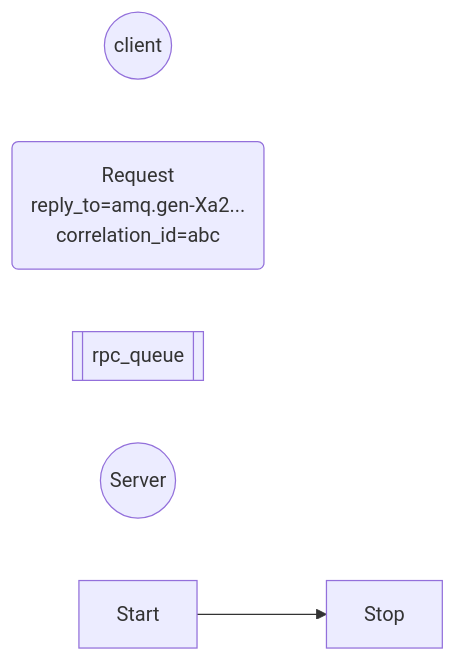
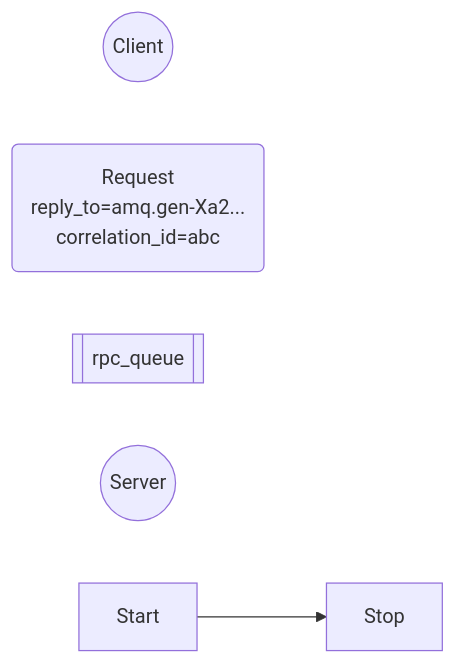
One commit to googlelxhgithub/iodraw-files changed the diagram in all/未命名-7.md. Above: the diagram before and after it, drawn with Mermaid.

Commit message:
2024-08-30 19:05:50 update

````diff
--- a/all/未命名-7.md
+++ b/all/未命名-7.md
@@ -1,9 +1,9 @@
 ```mermaid
 flowchart LR
-    C((client))
+    C((Client))
     R(Request\nreply_to=amq.gen-Xa2...\ncorrelation_id=abc)
     Q1[[rpc_queue]]
     S((Server))
     Start --> Stop
   
 ```
````
